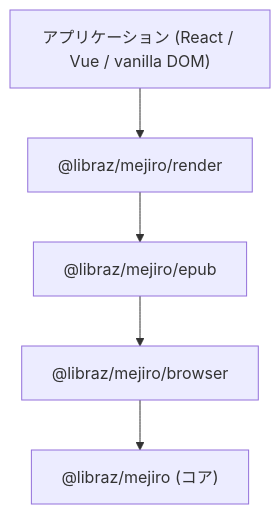
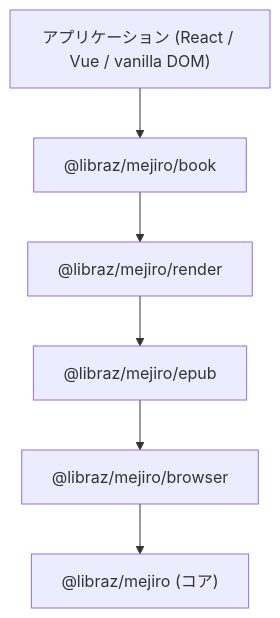
One commit to libraz/mejiro changed the first of 2 diagrams in docs/ja/02-core-concepts.md. Above: the diagram before and after it, drawn with Mermaid. The commit also changed other lines of this file and 17 other files, not shown here.

````diff
--- a/docs/ja/02-core-concepts.md
+++ b/docs/ja/02-core-concepts.md
@@ -9,7 +9,8 @@
 ```mermaid
 graph TD
-    A["アプリケーション (React / Vue / vanilla DOM)"] --> B["@libraz/mejiro/render"]
+    A["アプリケーション (React / Vue / vanilla DOM)"] --> F["@libraz/mejiro/book"]
+    F --> B["@libraz/mejiro/render"]
     B --> C["@libraz/mejiro/epub"]
     C --> D["@libraz/mejiro/browser"]
     D --> E["@libraz/mejiro (コア)"]
 ```
````
